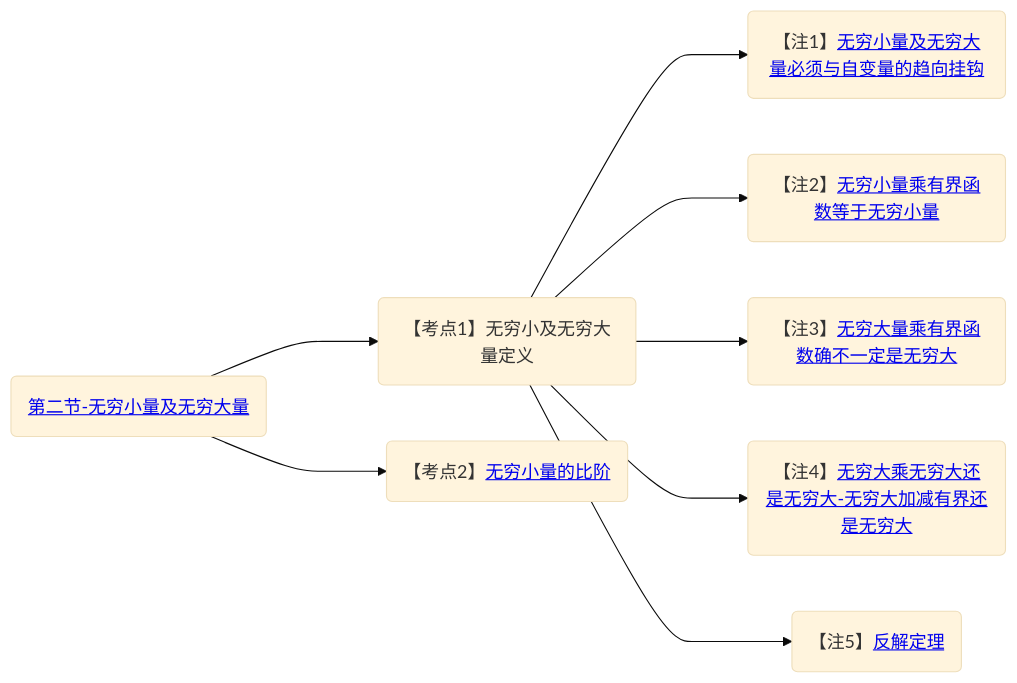
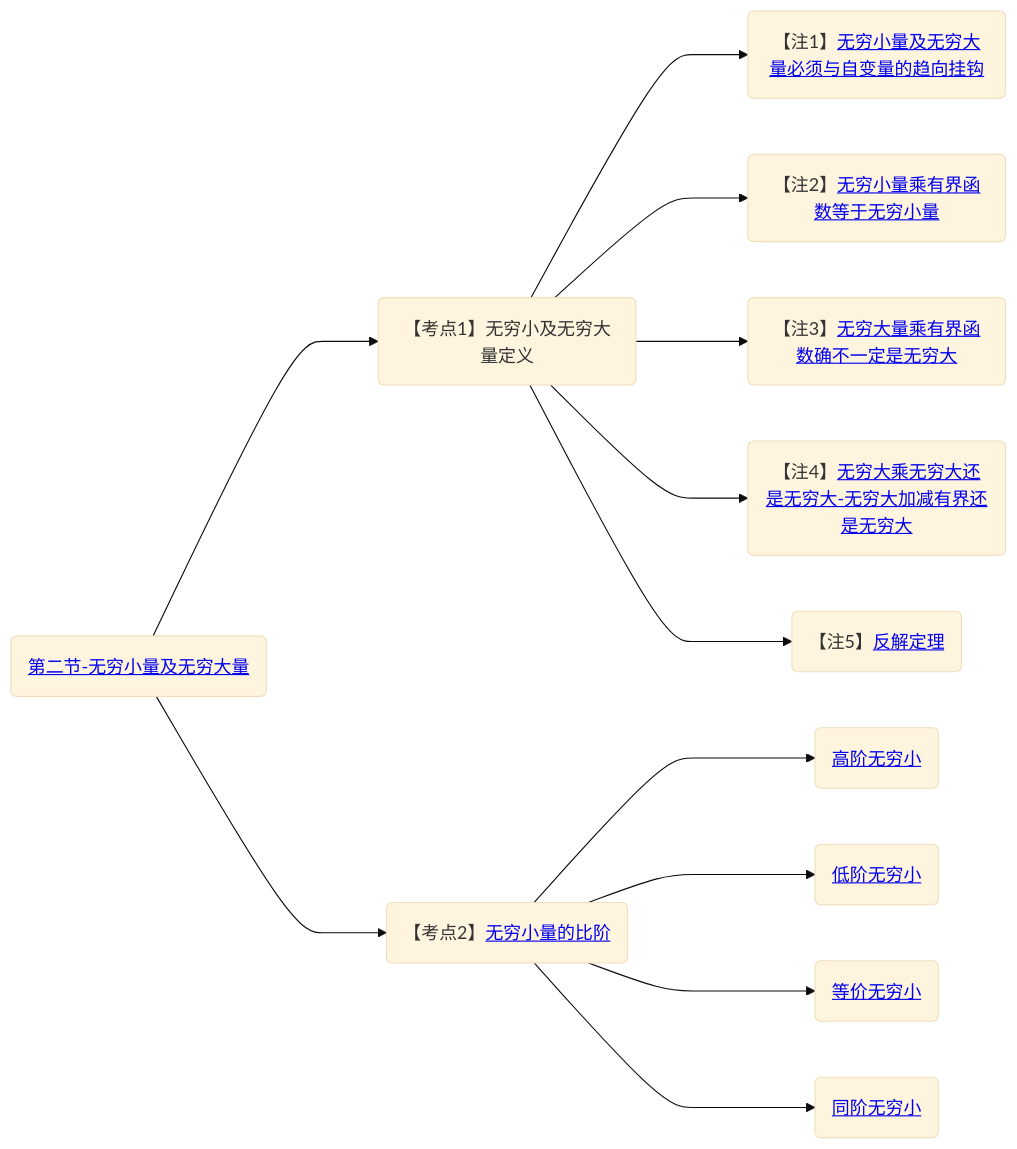
The second of 2 diagrams in 笔记/数学/周洋鑫/基础班/00.大纲.md (yuebinghui/note), drawn with Mermaid (base theme) before and after one commit. The commit also changed 3 other files, not shown here.

````diff
--- a/笔记/数学/周洋鑫/基础班/00.大纲.md
+++ b/笔记/数学/周洋鑫/基础班/00.大纲.md
@@ -40,17 +40,21 @@
 ```mermaid
 graph LR
 
 第二节-无穷小量及无穷大量(<a href="/Users/yuebinghui/Documents/program/github/note/笔记/数学/周洋鑫/基础班/02.无穷小量及无穷大量.md#第二节-无穷小量及无穷大量">第二节-无穷小量及无穷大量</>)
 
 第二节-无穷小量及无穷大量--->无穷小及无穷大量定义(【考点1】无穷小及无穷大量定义)
 
 无穷小及无穷大量定义--->无穷小量及无穷大量必须与自变量的趋向挂钩(【注1】<a href="/Users/yuebinghui/Documents/program/github/note/笔记/数学/周洋鑫/基础班/02.无穷小量及无穷大量.md#无穷小量及无穷大量必须与自变量的趋向挂钩">无穷小量及无穷大量必须与自变量的趋向挂钩</>)
 无穷小及无穷大量定义--->无穷小量乘有界函数等于无穷小量(【注2】<a href="/Users/yuebinghui/Documents/program/github/note/笔记/数学/周洋鑫/基础班/02.无穷小量及无穷大量.md#无穷小量乘有界函数等于无穷小量">无穷小量乘有界函数等于无穷小量</>)
 无穷小及无穷大量定义--->无穷大量乘有界函数确不一定是无穷大(【注3】<a href="/Users/yuebinghui/Documents/program/github/note/笔记/数学/周洋鑫/基础班/02.无穷小量及无穷大量.md#无穷大量乘有界函数确不一定是无穷大">无穷大量乘有界函数确不一定是无穷大</>)
 无穷小及无穷大量定义--->无穷大乘无穷大还是无穷大-无穷大加减有界还是无穷大(【注4】<a href="/Users/yuebinghui/Documents/program/github/note/笔记/数学/周洋鑫/基础班/02.无穷小量及无穷大量.md#无穷大乘无穷大还是无穷大-无穷大加减有界还是无穷大">无穷大乘无穷大还是无穷大-无穷大加减有界还是无穷大</>)
 无穷小及无穷大量定义--->反解定理(【注5】<a href="/Users/yuebinghui/Documents/program/github/note/笔记/数学/周洋鑫/基础班/02.无穷小量及无穷大量.md#反解定理">反解定理</>)
 
 第二节-无穷小量及无穷大量--->无穷小量的比阶(【考点2】<a href="/Users/yuebinghui/Documents/program/github/note/笔记/数学/周洋鑫/基础班/02.无穷小量及无穷大量.md#无穷小量的比阶">无穷小量的比阶</>)
+无穷小量的比阶--->高阶无穷小(<a href="/Users/yuebinghui/Documents/program/github/note/笔记/数学/周洋鑫/基础班/02.无穷小量及无穷大量.md#高阶无穷小">高阶无穷小</>)
+无穷小量的比阶--->低阶无穷小(<a href="/Users/yuebinghui/Documents/program/github/note/笔记/数学/周洋鑫/基础班/02.无穷小量及无穷大量.md#低阶无穷小">低阶无穷小</>)
+无穷小量的比阶--->等价无穷小(<a href="/Users/yuebinghui/Documents/program/github/note/笔记/数学/周洋鑫/基础班/02.无穷小量及无穷大量.md#等价无穷小">等价无穷小</>)
+无穷小量的比阶--->同阶无穷小(<a href="/Users/yuebinghui/Documents/program/github/note/笔记/数学/周洋鑫/基础班/02.无穷小量及无穷大量.md#同阶无穷小">同阶无穷小</>)
 
 
 ```
````
